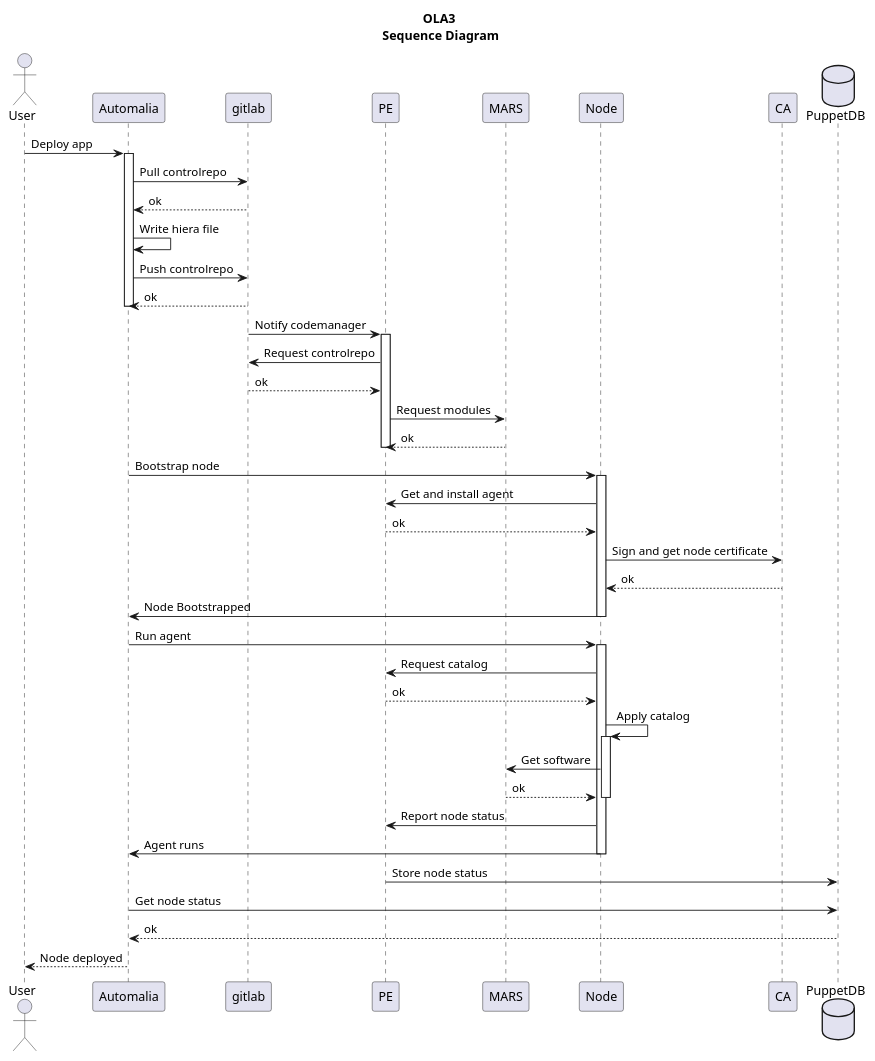
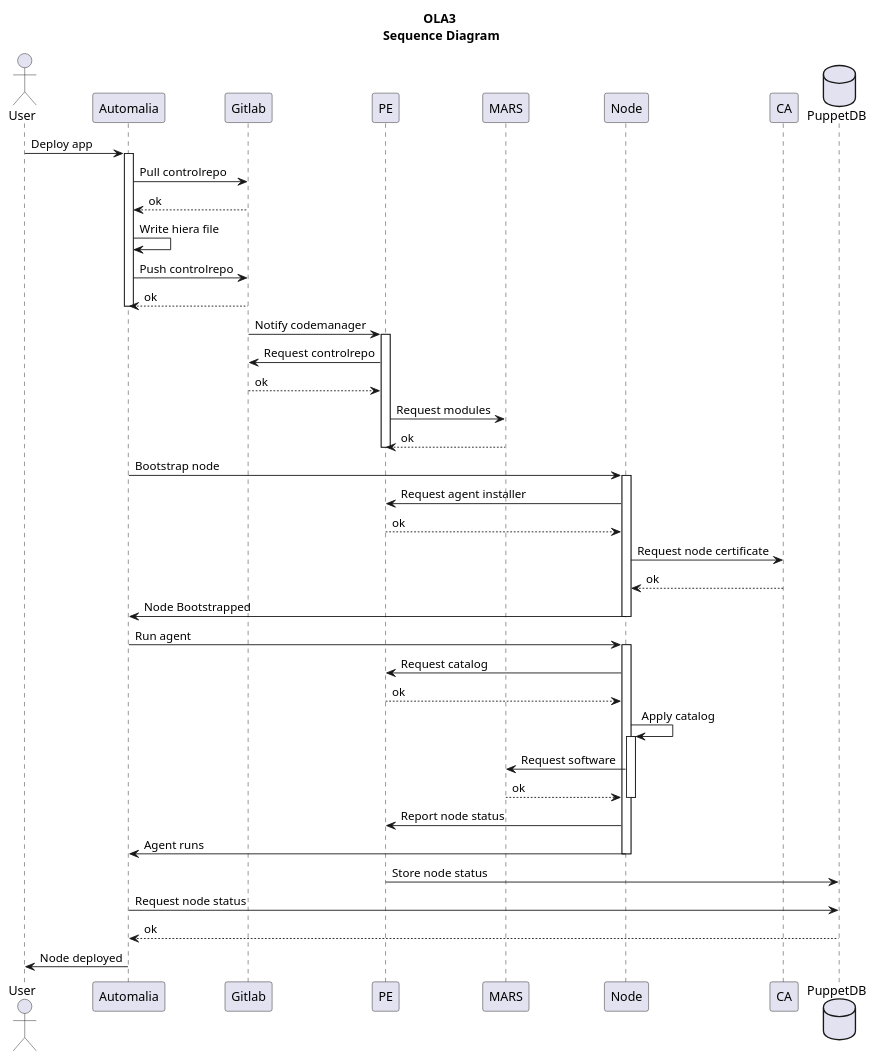
The diagram in doc/sequence.puml (CIVIR-ES/PE-vagrant), drawn with PlantUML before and after one commit.

```diff
--- a/doc/sequence.puml
+++ b/doc/sequence.puml
@@ -1,57 +1,57 @@
 @startuml
 title OLA3\n Sequence Diagram
 
 actor User
 participant "Automalia" as A
-participant "gitlab" as B
+participant "Gitlab" as B
 participant "PE" as C
 participant "MARS" as D
 participant "Node" as E
 participant "CA" as F
 database "PuppetDB" as G
 
 User -> A: Deploy app
 activate A
 A -> B: Pull controlrepo
 B --> A: ok
 A -> A: Write hiera file
 A -> B: Push controlrepo
 B --> A: ok
 deactivate A
 
 B -> C: Notify codemanager
 activate C
 C -> B: Request controlrepo
 B --> C: ok
 C -> D: Request modules
 D --> C: ok
 deactivate C
 
 A -> E: Bootstrap node
 activate E
-E -> C: Get and install agent
+E -> C: Request agent installer
 C --> E: ok
-E -> F: Sign and get node certificate
+E -> F: Request node certificate
 F --> E: ok
 E -> A: Node Bootstrapped
 deactivate E
 
 A -> E: Run agent
 activate E
 E -> C: Request catalog
 C --> E: ok
 E -> E: Apply catalog
 activate E
-E -> D: Get software
+E -> D: Request software
 D --> E: ok
 deactivate E
 E -> C: Report node status
 E -> A: Agent runs
 deactivate E
 
 C -> G: Store node status
-A -> G: Get node status
+A -> G: Request node status
 G --> A: ok
 
-A --> User: Node deployed
+A -> User: Node deployed
 @enduml
```
